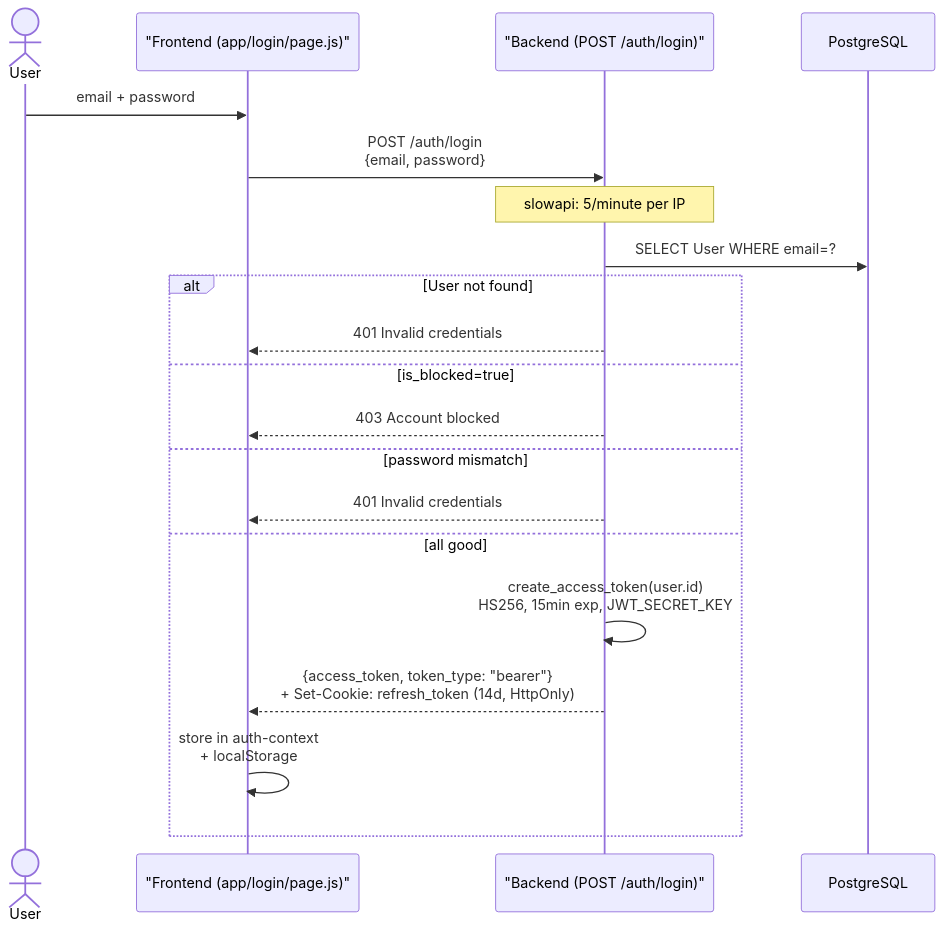
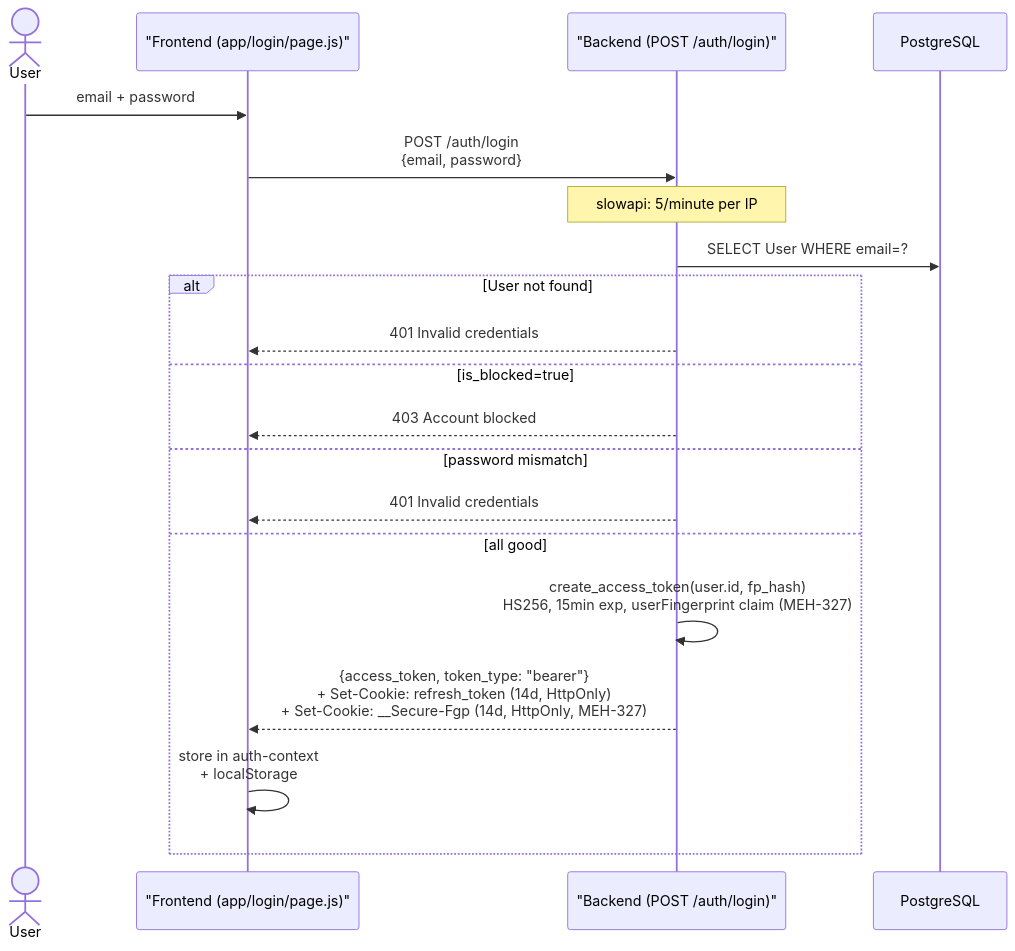
Before and after one commit to levismadar80-ship-it/FoodMamkor: the second of 5 diagrams in .ai/diagrams/auth-flow.md, drawn with Mermaid. The commit also changed other lines of this file and 3 other files, not shown here.

First line of the commit message:
docs(MEH-327): chunk F — SECURITY.md §8b, CHANGELOG, HANDOFF, auth-flow diagram

````diff
--- a/.ai/diagrams/auth-flow.md
+++ b/.ai/diagrams/auth-flow.md
@@ -54,23 +54,23 @@
 ```mermaid
 sequenceDiagram
     actor U as User
     participant FE as "Frontend (app/login/page.js)"
     participant BE as "Backend (POST /auth/login)"
     participant DB as PostgreSQL
 
     U->>FE: email + password
     FE->>BE: POST /auth/login<br/>{email, password}
     Note over BE: slowapi: 5/minute per IP
     BE->>DB: SELECT User WHERE email=?
     alt User not found
         BE-->>FE: 401 Invalid credentials
     else is_blocked=true
         BE-->>FE: 403 Account blocked
     else password mismatch
         BE-->>FE: 401 Invalid credentials
     else all good
-        BE->>BE: create_access_token(user.id)<br/>HS256, 15min exp, JWT_SECRET_KEY
-        BE-->>FE: {access_token, token_type: "bearer"}<br/>+ Set-Cookie: refresh_token (14d, HttpOnly)
+        BE->>BE: create_access_token(user.id, fp_hash)<br/>HS256, 15min exp, userFingerprint claim (MEH-327)
+        BE-->>FE: {access_token, token_type: "bearer"}<br/>+ Set-Cookie: refresh_token (14d, HttpOnly)<br/>+ Set-Cookie: __Secure-Fgp (14d, HttpOnly, MEH-327)
         FE->>FE: store in auth-context<br/>+ localStorage
     end
 ```
````
